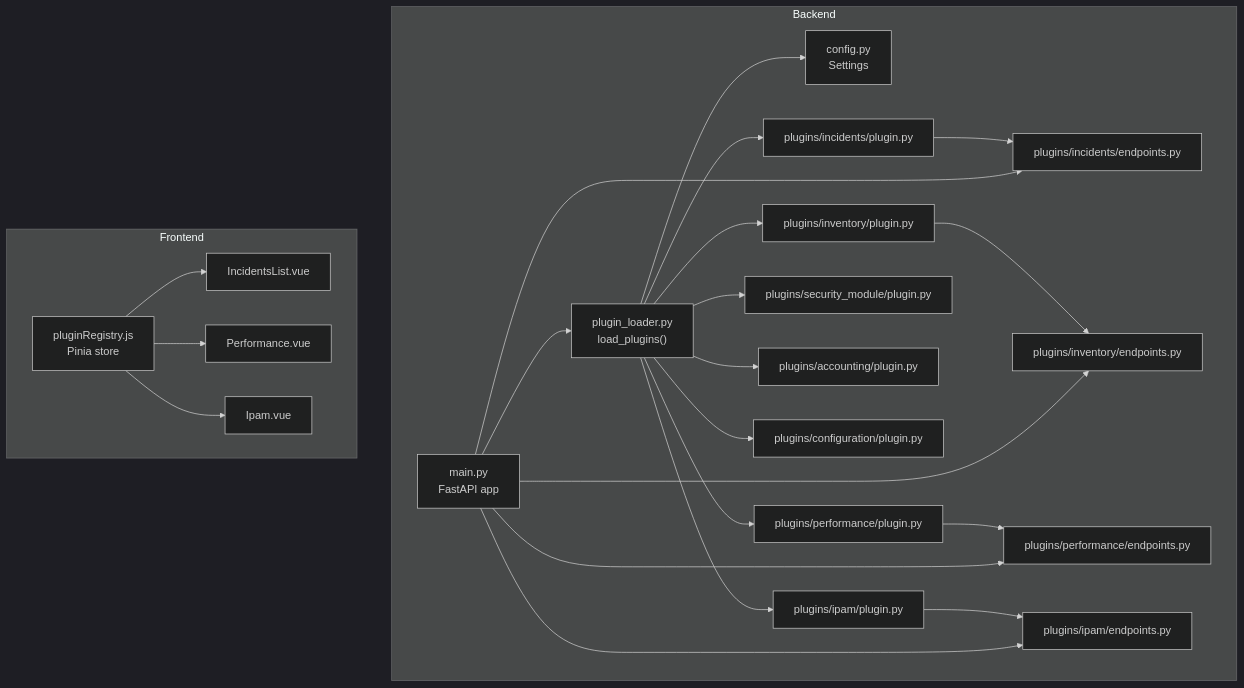
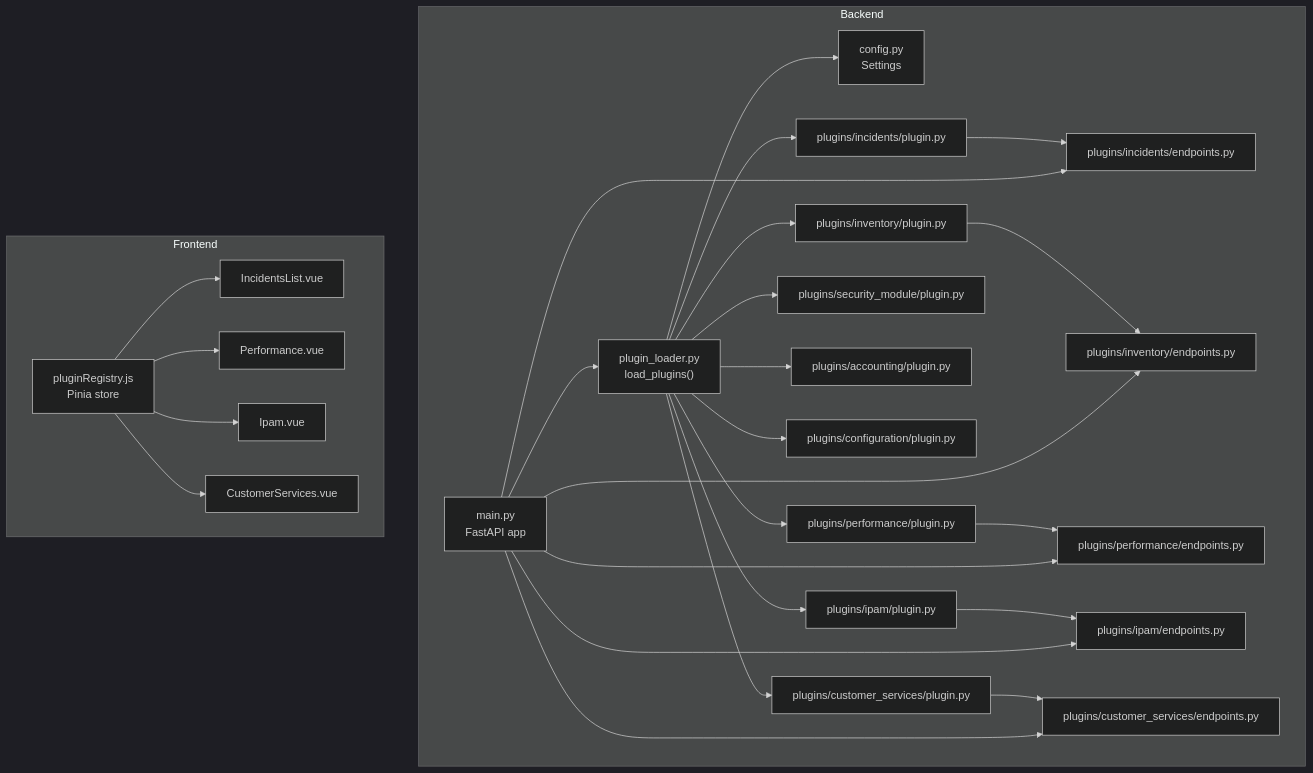
One commit to Nikita5543/New-SSO-02 changed the first of 9 diagrams in .qoder/repowiki/en/content/Plugin System Architecture/Built-in Plugins Overview.md. Above: the diagram before and after it, drawn with Mermaid (dark theme). The commit also changed other lines of this file and 2 other files, not shown here.

Commit message:
commit-repo-wiki-plugins

````diff
--- a/.qoder/repowiki/en/content/Plugin System Architecture/Built-in Plugins Overview.md
+++ b/.qoder/repowiki/en/content/Plugin System Architecture/Built-in Plugins Overview.md
@@ -51,45 +57,52 @@
 ```mermaid
 graph TB
 subgraph "Backend"
 MAIN["main.py<br/>FastAPI app"]
 LOADER["plugin_loader.py<br/>load_plugins()"]
 CFG["config.py<br/>Settings"]
 PLUG_INC["plugins/incidents/plugin.py"]
 PLUG_INV["plugins/inventory/plugin.py"]
 PLUG_PERF["plugins/performance/plugin.py"]
 PLUG_SEC["plugins/security_module/plugin.py"]
 PLUG_ACC["plugins/accounting/plugin.py"]
 PLUG_CFG["plugins/configuration/plugin.py"]
 PLUG_IPAM["plugins/ipam/plugin.py"]
+PLUG_CS["plugins/customer_services/plugin.py"]
 API_INC["plugins/incidents/endpoints.py"]
 API_INV["plugins/inventory/endpoints.py"]
 API_PERF["plugins/performance/endpoints.py"]
 API_IPAM["plugins/ipam/endpoints.py"]
+API_CS["plugins/customer_services/endpoints.py"]
 end
 subgraph "Frontend"
 REG["pluginRegistry.js<br/>Pinia store"]
 VIEW_INC["IncidentsList.vue"]
 VIEW_PERF["Performance.vue"]
 VIEW_IPAM["Ipam.vue"]
+VIEW_CS["CustomerServices.vue"]
 end
 MAIN --> LOADER
 LOADER --> CFG
 LOADER --> PLUG_INC
 LOADER --> PLUG_INV
 LOADER --> PLUG_PERF
 LOADER --> PLUG_SEC
 LOADER --> PLUG_ACC
 LOADER --> PLUG_CFG
 LOADER --> PLUG_IPAM
+LOADER --> PLUG_CS
 PLUG_INC --> API_INC
 PLUG_INV --> API_INV
 PLUG_PERF --> API_PERF
 PLUG_IPAM --> API_IPAM
+PLUG_CS --> API_CS
 MAIN --> API_INC
 MAIN --> API_INV
 MAIN --> API_PERF
 MAIN --> API_IPAM
+MAIN --> API_CS
 REG --> VIEW_INC
 REG --> VIEW_PERF
 REG --> VIEW_IPAM
+REG --> VIEW_CS
 ```
````
